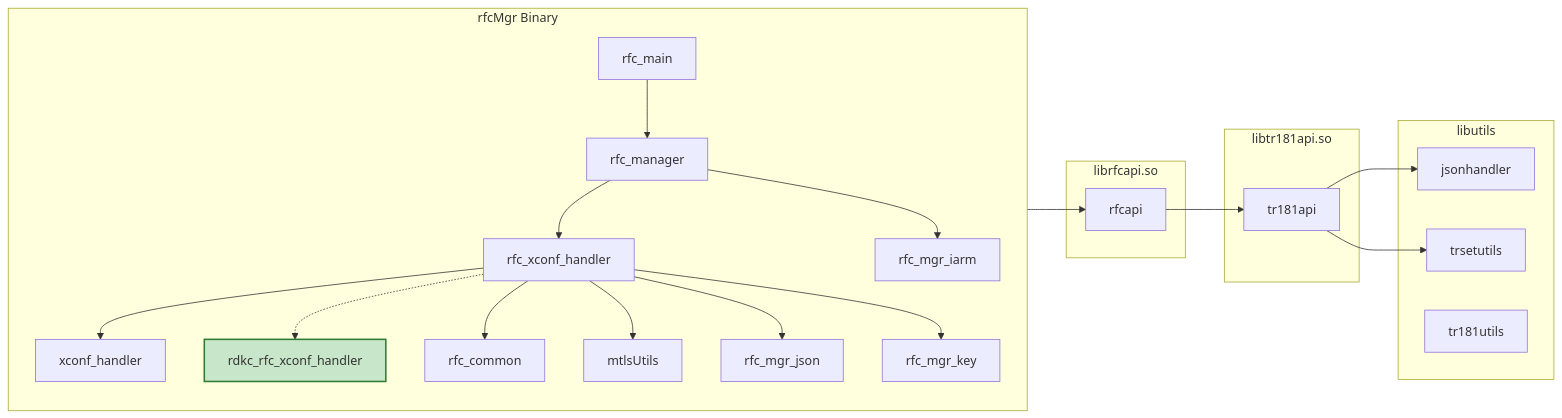
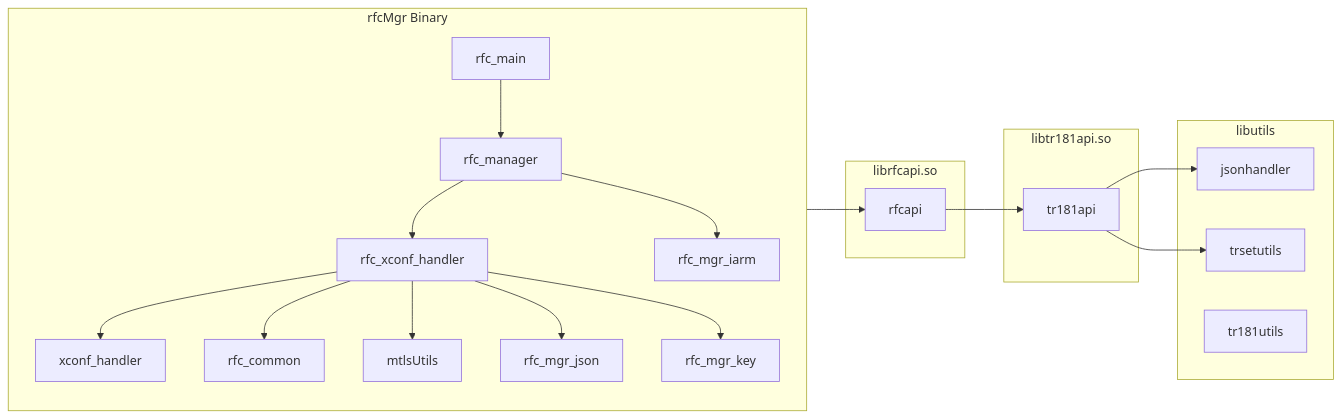
Before and after one commit to rdkcentral/rfc: the second of 6 diagrams in docs/architecture.md, drawn with Mermaid. The commit also changed other lines of this file and 3 other files, not shown here.

````diff
--- a/docs/architecture.md
+++ b/docs/architecture.md
@@ -78,47 +75,43 @@
 ```mermaid
 graph LR
     subgraph "rfcMgr Binary"
         direction TB
         MAIN[rfc_main]
         MGR[rfc_manager]
         XCONF[xconf_handler]
         RFCX[rfc_xconf_handler]
-        RDKC_X[rdkc_rfc_xconf_handler]
         COMMON[rfc_common]
         MTLS[mtlsUtils]
         IARM[rfc_mgr_iarm]
         JSON_H[rfc_mgr_json]
         KEY_H[rfc_mgr_key]
 
         MAIN --> MGR
         MGR --> RFCX
         RFCX --> XCONF
-        RFCX -.-> RDKC_X
         RFCX --> COMMON
         RFCX --> MTLS
         MGR --> IARM
         RFCX --> JSON_H
         RFCX --> KEY_H
     end
 
     subgraph "librfcapi.so"
         RFCAPI[rfcapi]
     end
 
     subgraph "libtr181api.so"
         TR181[tr181api]
     end
 
     subgraph "libutils"
         JSONUTIL[jsonhandler]
         TRSET[trsetutils]
         TR181U[tr181utils]
     end
 
     RFCX --> RFCAPI
     RFCAPI --> TR181
     TR181 --> JSONUTIL
     TR181 --> TRSET
-
-    style RDKC_X fill:#c8e6c9,stroke:#2e7d32,stroke-width:2px
 ```
````
